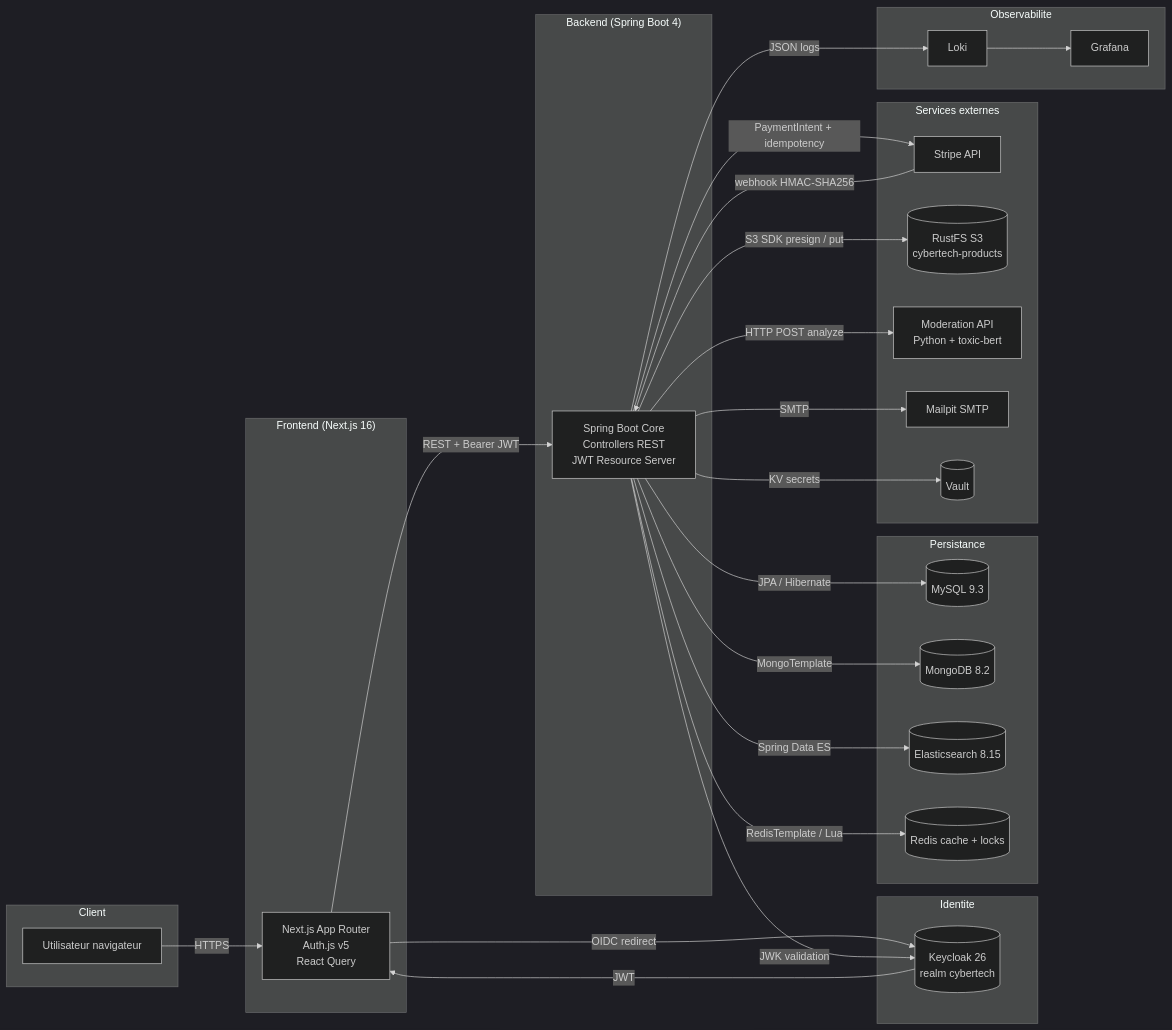
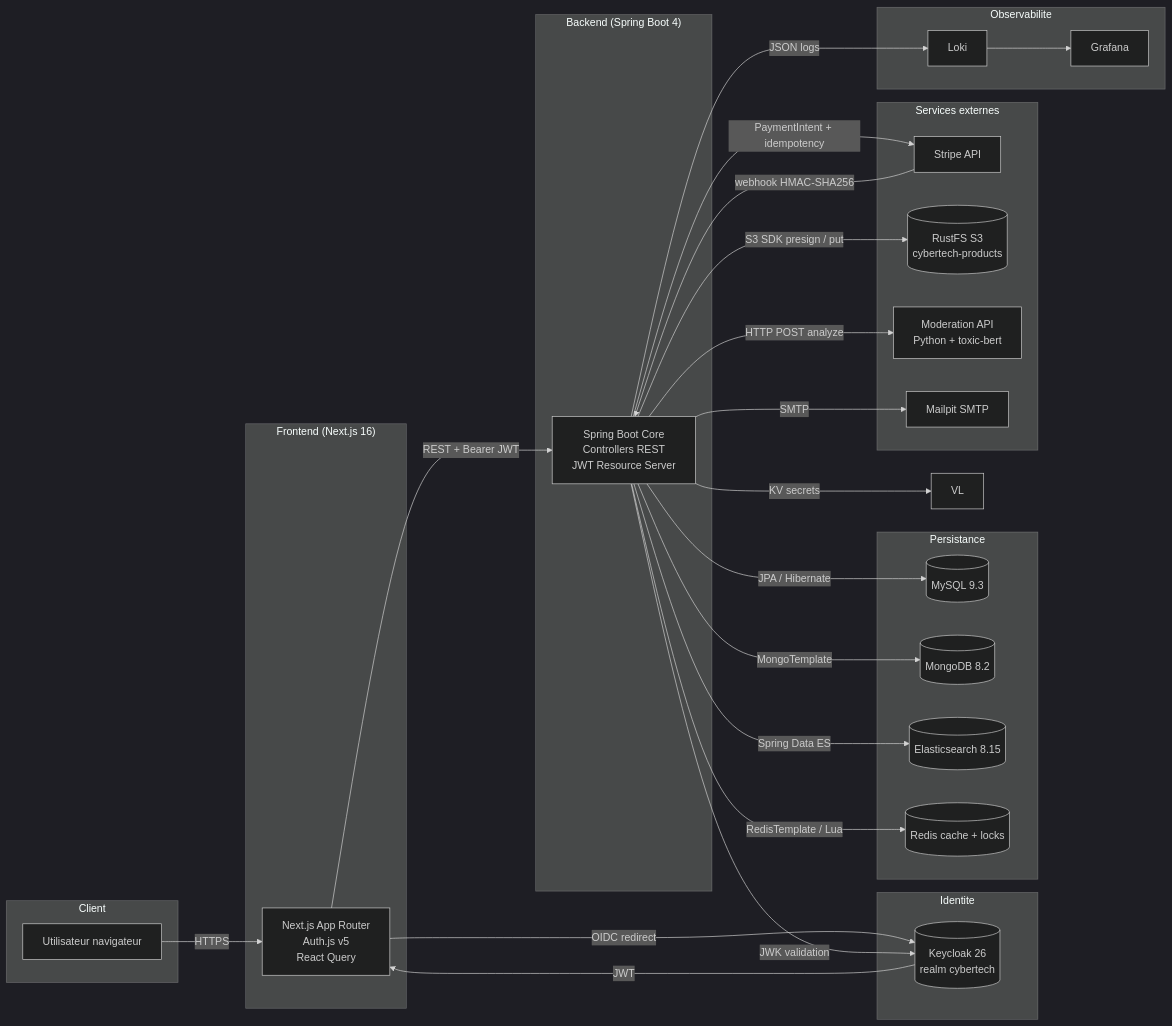
One commit to ZETROV93XB47/cybertech-Ecommerce changed the first of 9 diagrams in readme.md. Above: the diagram before and after it, drawn with Mermaid (dark theme). The commit also changed other lines of this file and 26 other files, not shown here.

````diff
--- a/readme.md
+++ b/readme.md
@@ -139,59 +139,58 @@
 ```mermaid
 flowchart LR
     subgraph Client
         U[Utilisateur navigateur]
     end
 
     subgraph Frontend["Frontend (Next.js 16)"]
         FE[Next.js App Router<br/>Auth.js v5<br/>React Query]
     end
 
     subgraph Auth["Identite"]
         KC[(Keycloak 26<br/>realm cybertech)]
     end
 
     subgraph Backend["Backend (Spring Boot 4)"]
         API[Spring Boot Core<br/>Controllers REST<br/>JWT Resource Server]
     end
 
     subgraph Data["Persistance"]
         MY[(MySQL 9.3)]
         MG[(MongoDB 8.2)]
         ES[(Elasticsearch 8.15)]
         RD[(Redis cache + locks)]
     end
 
     subgraph External["Services externes"]
         ST[Stripe API]
         S3[(RustFS S3<br/>cybertech-products)]
         MD[Moderation API<br/>Python + toxic-bert]
         MP[Mailpit SMTP]
-        VL[(Vault)]
     end
 
     subgraph Observability["Observabilite"]
         LK[Loki]
         GF[Grafana]
     end
 
     U -->|HTTPS| FE
     FE -->|OIDC redirect| KC
     KC -->|JWT| FE
     FE -->|REST + Bearer JWT| API
     API -->|JWK validation| KC
 
     API -->|JPA / Hibernate| MY
     API -->|MongoTemplate| MG
     API -->|Spring Data ES| ES
     API -->|RedisTemplate / Lua| RD
 
     API -->|PaymentIntent + idempotency| ST
     ST -->|webhook HMAC-SHA256| API
     API -->|S3 SDK presign / put| S3
     API -->|HTTP POST analyze| MD
     API -->|SMTP| MP
     API -->|KV secrets| VL
 
     API -->|JSON logs| LK
     LK --> GF
 ```
````
